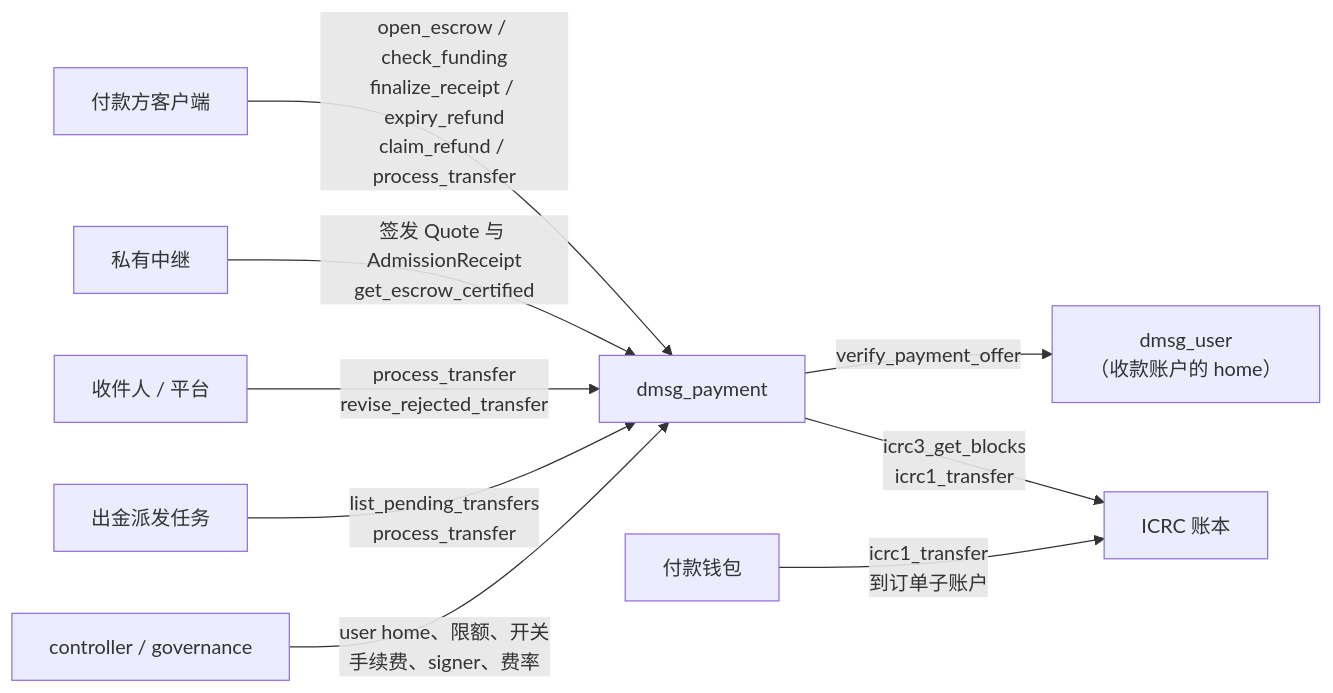
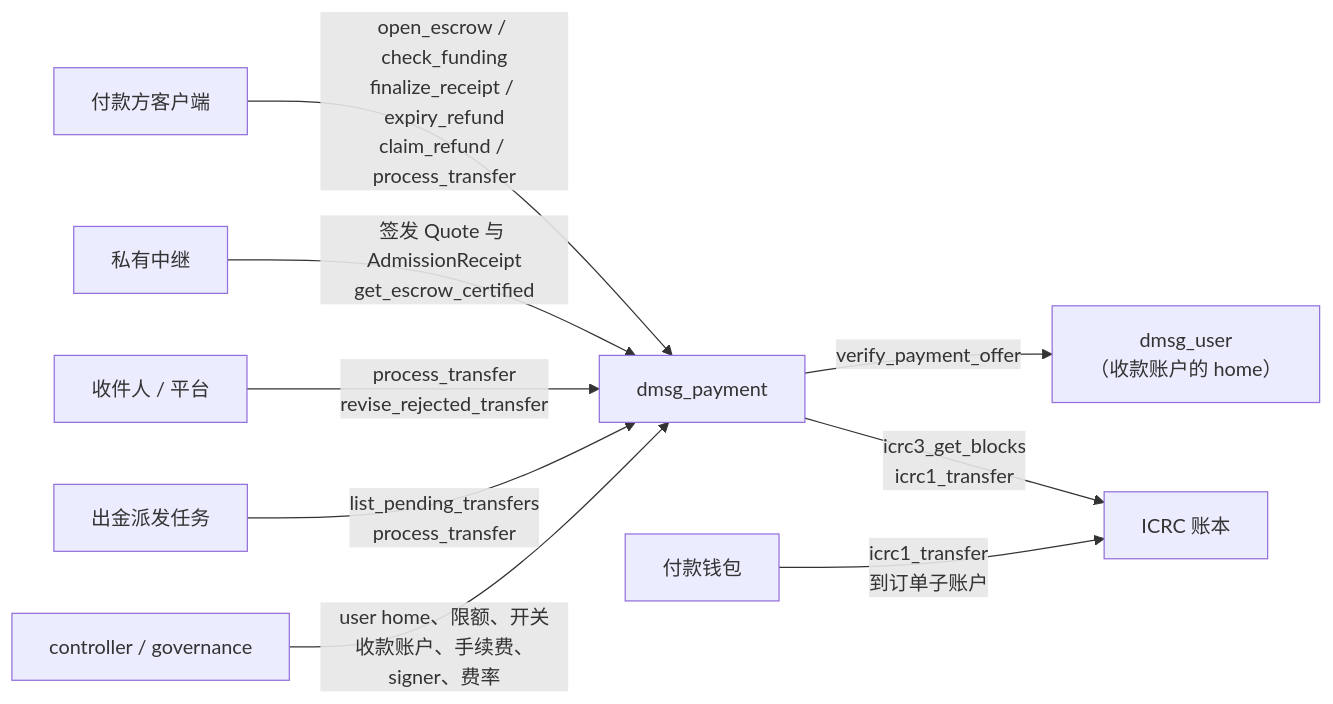
One commit to ldclabs/ic-panda changed the diagram in src/dmsg_payment/README.md. Above: the diagram before and after it, drawn with Mermaid. The commit also changed other lines of this file and 9 other files, not shown here.

````diff
--- a/src/dmsg_payment/README.md
+++ b/src/dmsg_payment/README.md
@@ -15,11 +15,11 @@
 ```mermaid
 flowchart LR
   C["付款方客户端"] -- "open_escrow / check_funding<br/>finalize_receipt / expiry_refund<br/>claim_refund / process_transfer" --> P["dmsg_payment"]
   W["付款钱包"] -- "icrc1_transfer<br/>到订单子账户" --> L["ICRC 账本"]
   P -- "verify_payment_offer" --> U["dmsg_user<br/>（收款账户的 home）"]
   P -- "icrc3_get_blocks<br/>icrc1_transfer" --> L
   R["私有中继"] -- "签发 Quote 与 AdmissionReceipt<br/>get_escrow_certified" --> P
   B["收件人 / 平台"] -- "process_transfer<br/>revise_rejected_transfer" --> P
   D["出金派发任务"] -- "list_pending_transfers<br/>process_transfer" --> P
-  G["controller / governance"] -- "user home、限额、开关<br/>手续费、signer、费率" --> P
+  G["controller / governance"] -- "user home、限额、开关<br/>收款账户、手续费、signer、费率" --> P
 ```
````
